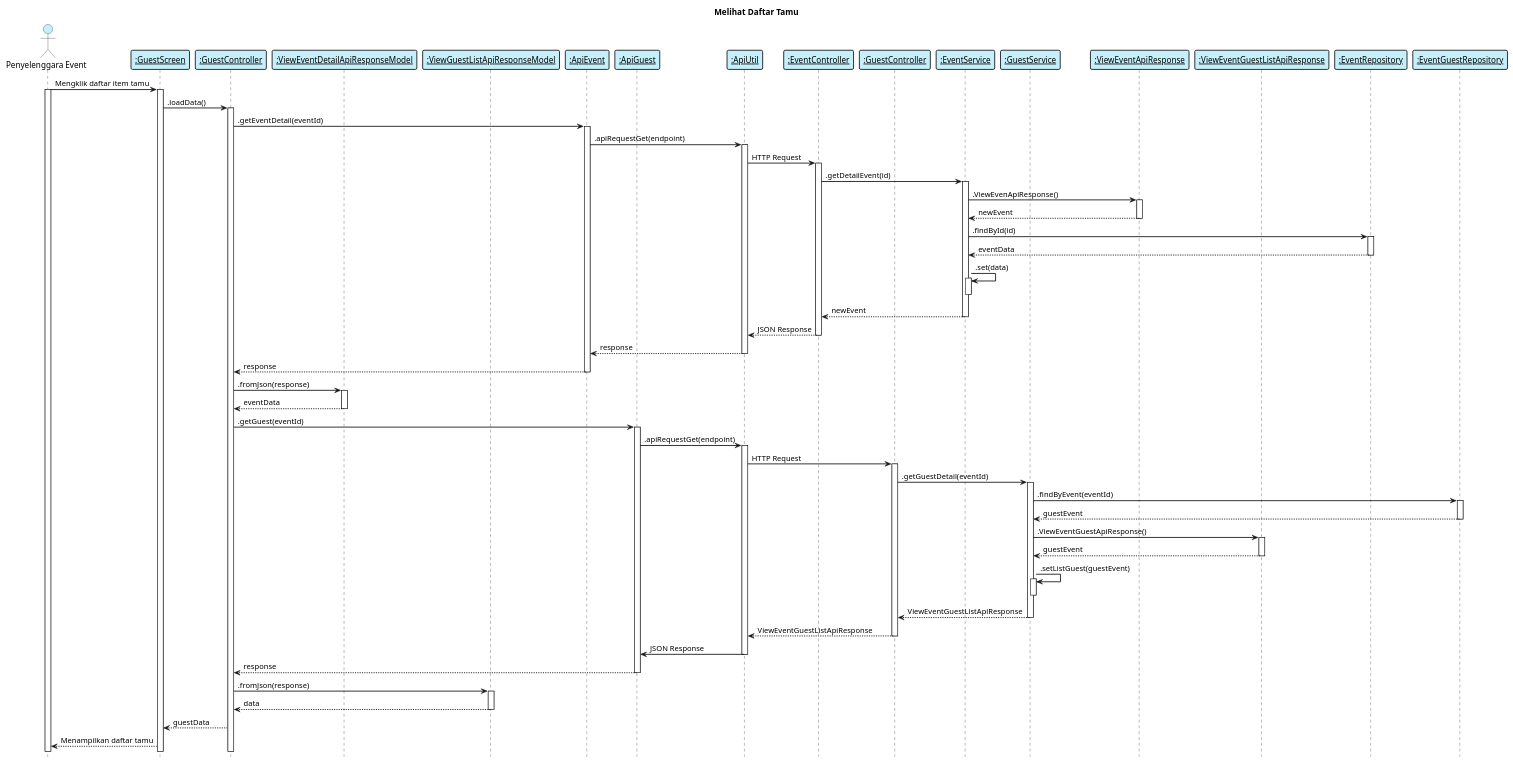
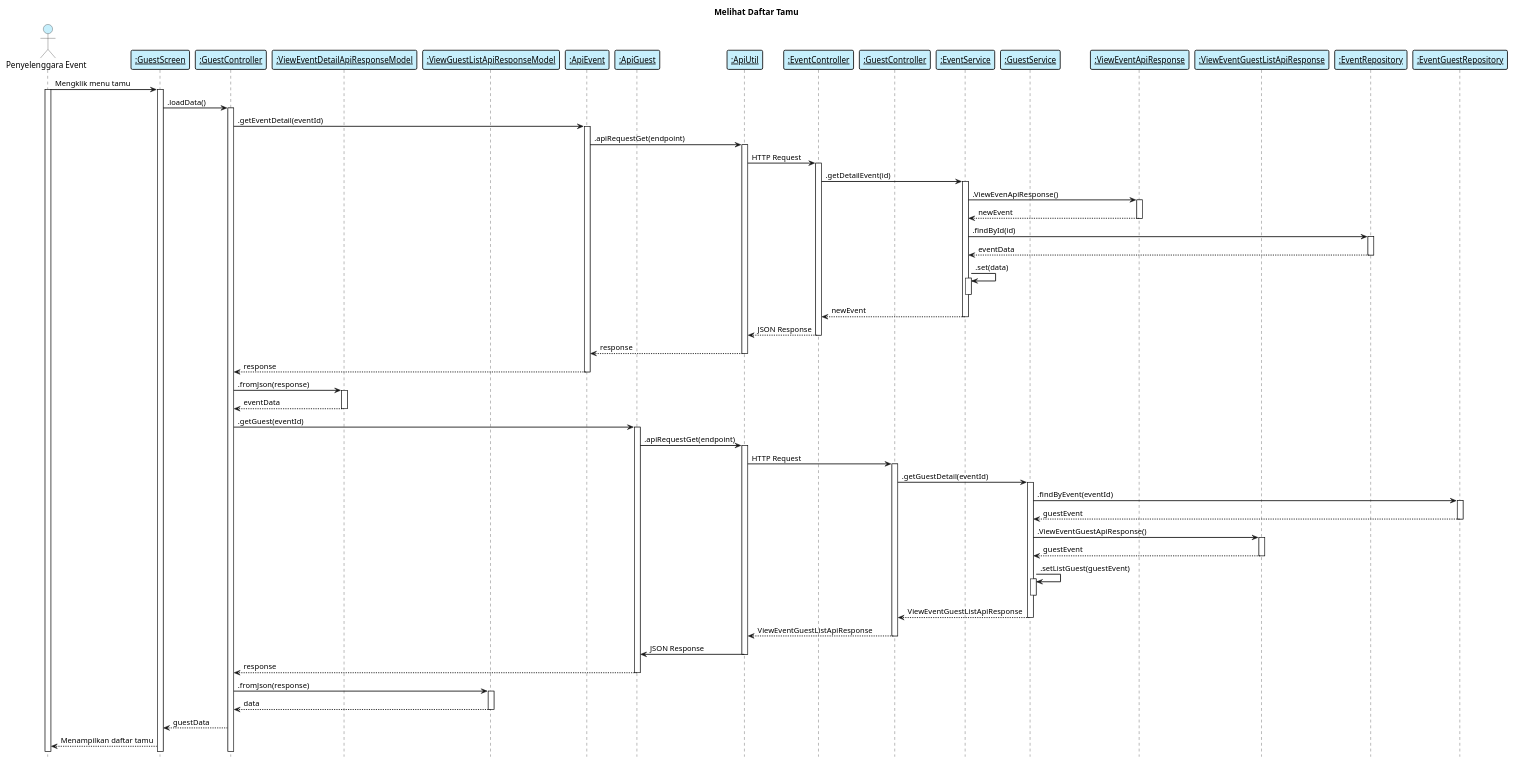
One commit to irfanfarras10/myevent-sequence changed the diagram in melihat daftar tamu.wsd. Above: the diagram before and after it, drawn with PlantUML. The commit also changed 1 other file, not shown here.

```diff
--- a/melihat daftar tamu.wsd
+++ b/melihat daftar tamu.wsd
@@ -1,131 +1,131 @@
 @startuml "melihat daftar tamu"
 
     title "Melihat Daftar Tamu"
     hide footbox
     skinparam  shadowing false
 
     skinparam sequence {    
         ArrowThickness 1.5
         ActorFontName Century Gothic
         ActorBackgroundColor  #C6EFFC
         ArrowFontName Century Gothic
         ParticipantBorderThickness 1.5
         ParticipantBackgroundColor #C6EFFC
     }
 
     actor "Penyelenggara Event" as eo
     participant "__:GuestScreen__" as viewGuest
     participant "__:GuestController__" as controllerGuest
     participant "__:ViewEventDetailApiResponseModel__" as modelResponse
     participant "__:ViewGuestListApiResponseModel__" as modelGuestReponseClient
     participant "__:ApiEvent__" as apiEvent
     participant "__:ApiGuest__" as apiGuest
     participant "__:ApiUtil__" as apiUtil
     participant "__:EventController__" as controllerEventBackend
     participant "__:GuestController__" as controllerGuestBackend
     participant "__:EventService__" as serviceEvent 
     participant "__:GuestService__" as serviceGuest
     participant "__:ViewEventApiResponse__" as modelApiResponse
     participant "__:ViewEventGuestListApiResponse__" as modelGuestResponse
     participant "__:EventRepository__" as repositoryEvent
     participant "__:EventGuestRepository__" as repositoryGuest
 
-    eo -> viewGuest: Mengklik daftar item tamu
+    eo -> viewGuest: Mengklik menu tamu
     activate eo
     activate viewGuest
 
     viewGuest -> controllerGuest: .loadData()
     activate controllerGuest
 
     controllerGuest -> apiEvent: .getEventDetail(eventId)
     activate apiEvent
 
     apiEvent -> apiUtil: .apiRequestGet(endpoint)
     activate apiUtil
 
     apiUtil -> controllerEventBackend: HTTP Request
     activate controllerEventBackend
 
     controllerEventBackend -> serviceEvent: .getDetailEvent(id)
     activate serviceEvent 
 
     serviceEvent -> modelApiResponse: .ViewEvenApiResponse()
     activate modelApiResponse
     modelApiResponse --> serviceEvent: newEvent
     deactivate modelApiResponse
 
     serviceEvent -> repositoryEvent: .findById(id)
     activate repositoryEvent
     repositoryEvent --> serviceEvent: eventData
     deactivate repositoryEvent
 
     serviceEvent -> serviceEvent: .set(data)
     activate serviceEvent
     deactivate serviceEvent 
 
     serviceEvent --> controllerEventBackend: newEvent
     deactivate serviceEvent
 
     controllerEventBackend --> apiUtil: JSON Response
     deactivate controllerEventBackend
 
     apiUtil --> apiEvent: response
     deactivate apiUtil
 
     apiEvent --> controllerGuest: response
     deactivate apiEvent
 
     controllerGuest -> modelResponse: .fromJson(response)
     activate modelResponse
     modelResponse --> controllerGuest: eventData
     deactivate modelResponse
 
     controllerGuest -> apiGuest: .getGuest(eventId)
     activate apiGuest
 
     apiGuest -> apiUtil: .apiRequestGet(endpoint)
     activate apiUtil
 
     apiUtil -> controllerGuestBackend: HTTP Request
     activate controllerGuestBackend
 
     controllerGuestBackend -> serviceGuest: .getGuestDetail(eventId)
     activate serviceGuest
 
     serviceGuest -> repositoryGuest: .findByEvent(eventId)
     activate repositoryGuest
     repositoryGuest --> serviceGuest: guestEvent
     deactivate 
 
     serviceGuest -> modelGuestResponse: .ViewEventGuestApiResponse()
     activate modelGuestResponse
     modelGuestResponse --> serviceGuest: guestEvent
     deactivate 
 
     serviceGuest -> serviceGuest: .setListGuest(guestEvent)
     activate serviceGuest
     deactivate 
 
     serviceGuest --> controllerGuestBackend: ViewEventGuestListApiResponse
     deactivate serviceGuest
 
     controllerGuestBackend --> apiUtil: ViewEventGuestListApiResponse
     deactivate controllerGuestBackend
 
     apiUtil -> apiGuest: JSON Response
     deactivate apiUtil
 
     apiGuest --> controllerGuest: response
     deactivate apiGuest
 
     controllerGuest -> modelGuestReponseClient: .fromJson(response)
     activate modelGuestReponseClient
     modelGuestReponseClient --> controllerGuest: data
     deactivate 
 
     controllerGuest --> viewGuest: guestData
 
     viewGuest --> eo: Menampilkan daftar tamu
 
 
 @enduml 
```
